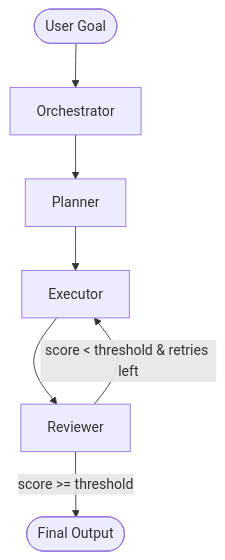
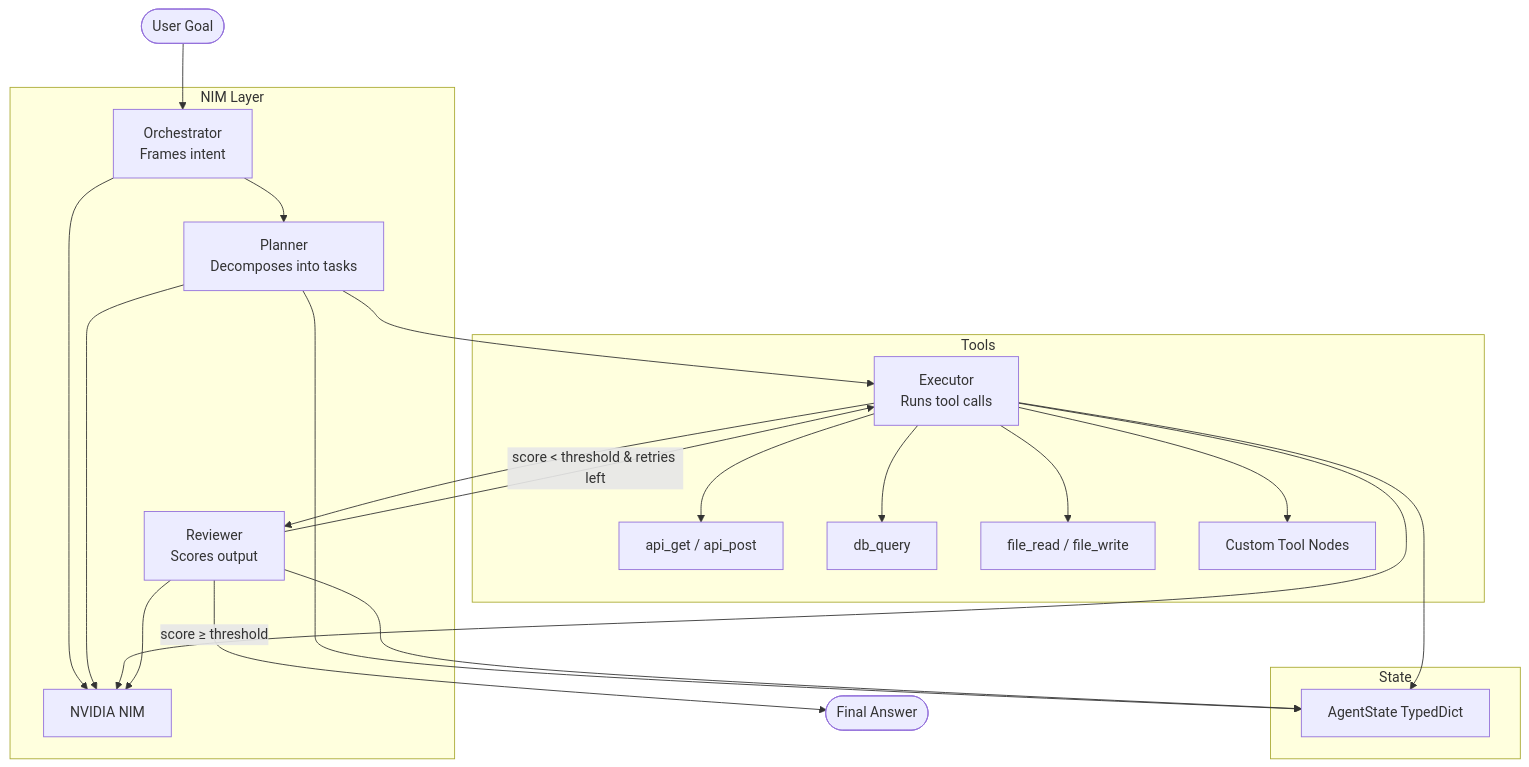
The diagram in docs/architecture.md (TylrDn/multi-agent-reference-architecture), drawn with Mermaid before and after one commit. The commit also changed other lines of this file and 36 other files, not shown here.

````diff
--- a/docs/architecture.md
+++ b/docs/architecture.md
@@ -7,9 +11,29 @@
 ```mermaid
 graph TD
-    User([User Goal]) --> O[Orchestrator]
-    O --> P[Planner]
-    P --> E[Executor]
-    E --> R[Reviewer]
-    R -->|score >= threshold| Done([Final Output])
-    R -->|score < threshold & retries left| E
+    User([User Goal]) --> Orch[Orchestrator\nFrames intent]
+    Orch --> Plan[Planner\nDecomposes into tasks]
+    Plan --> Exec[Executor\nRuns tool calls]
+    Exec --> Rev[Reviewer\nScores output]
+    Rev -->|score ≥ threshold| END([Final Answer])
+    Rev -->|score < threshold & retries left| Exec
+
+    subgraph Tools
+        Exec --> API[api_get / api_post]
+        Exec --> DB[db_query]
+        Exec --> File[file_read / file_write]
+        Exec --> Custom[Custom Tool Nodes]
+    end
+
+    subgraph NIM Layer
+        Orch --> NIM[NVIDIA NIM]
+        Plan --> NIM
+        Exec --> NIM
+        Rev --> NIM
+    end
+
+    subgraph State
+        Plan --> S[AgentState TypedDict]
+        Exec --> S
+        Rev --> S
+    end
 ```
````
